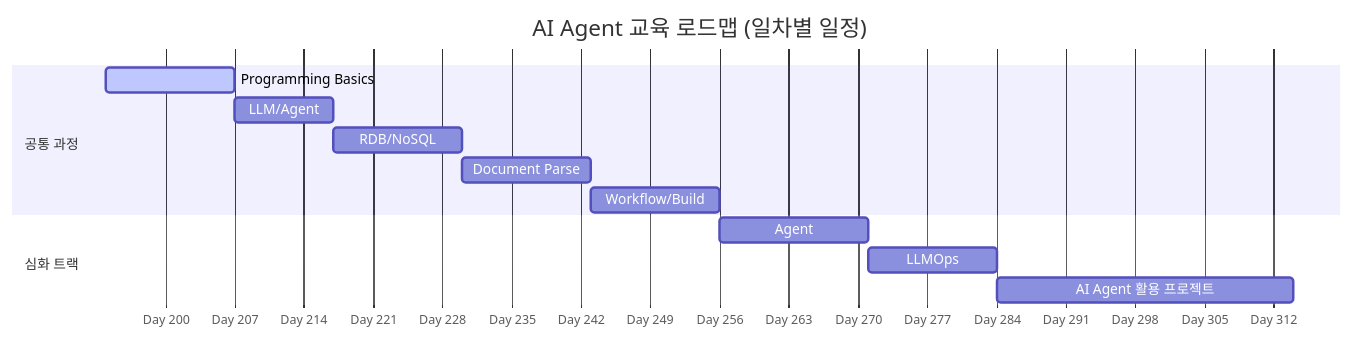
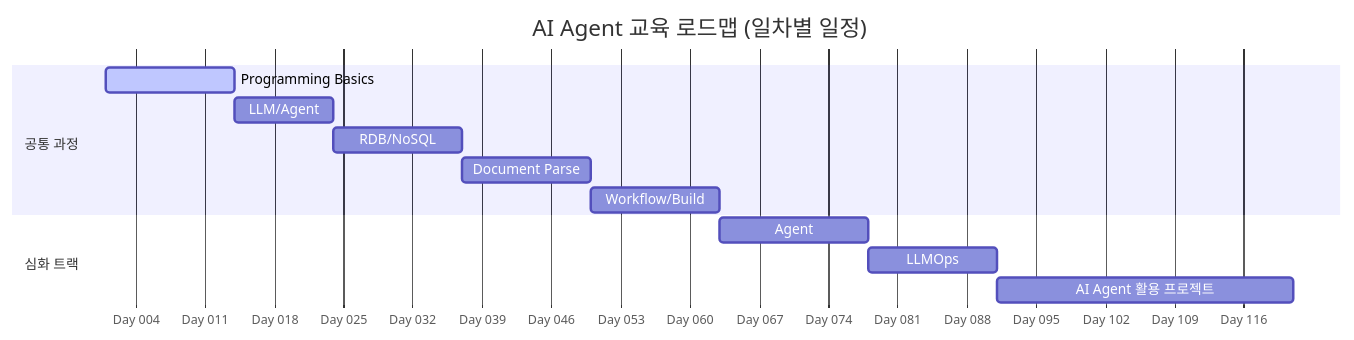
Before and after one commit to HI-AIEDU/.github: the diagram in profile/README.md, drawn with Mermaid.

Commit message:
Update start date for Programming Basics course

````diff
--- a/profile/README.md
+++ b/profile/README.md
@@ -1,22 +1,22 @@
 ```mermaid
 gantt
     title AI Agent 교육 로드맵 (일차별 일정)
     dateFormat  YYYY-MM-DD
     
     %% 축을 일수(Day 01, Day 05...) 형태로 표시하고 5일 단위로 눈금을 끕니다
     axisFormat Day %j
     tickInterval 5d
 
     section 공통 과정
-    Programming Basics     : active, a1, 2026-07-13, 13d
+    Programming Basics     : active, a1, 2026-01-01, 13d
     LLM/Agent              : a2, after a1, 10d
     RDB/NoSQL              : a3, after a2, 13d
     Document Parse         : a4, after a3, 13d
     Workflow/Build         : a5, after a4, 13d
 
     section 심화 트랙
     Agent                  : b1, after a5, 15d
     LLMOps                 : b2, after b1, 13d
     AI Agent 활용 프로젝트   : b3, after b2, 30d
 
 ```
````
